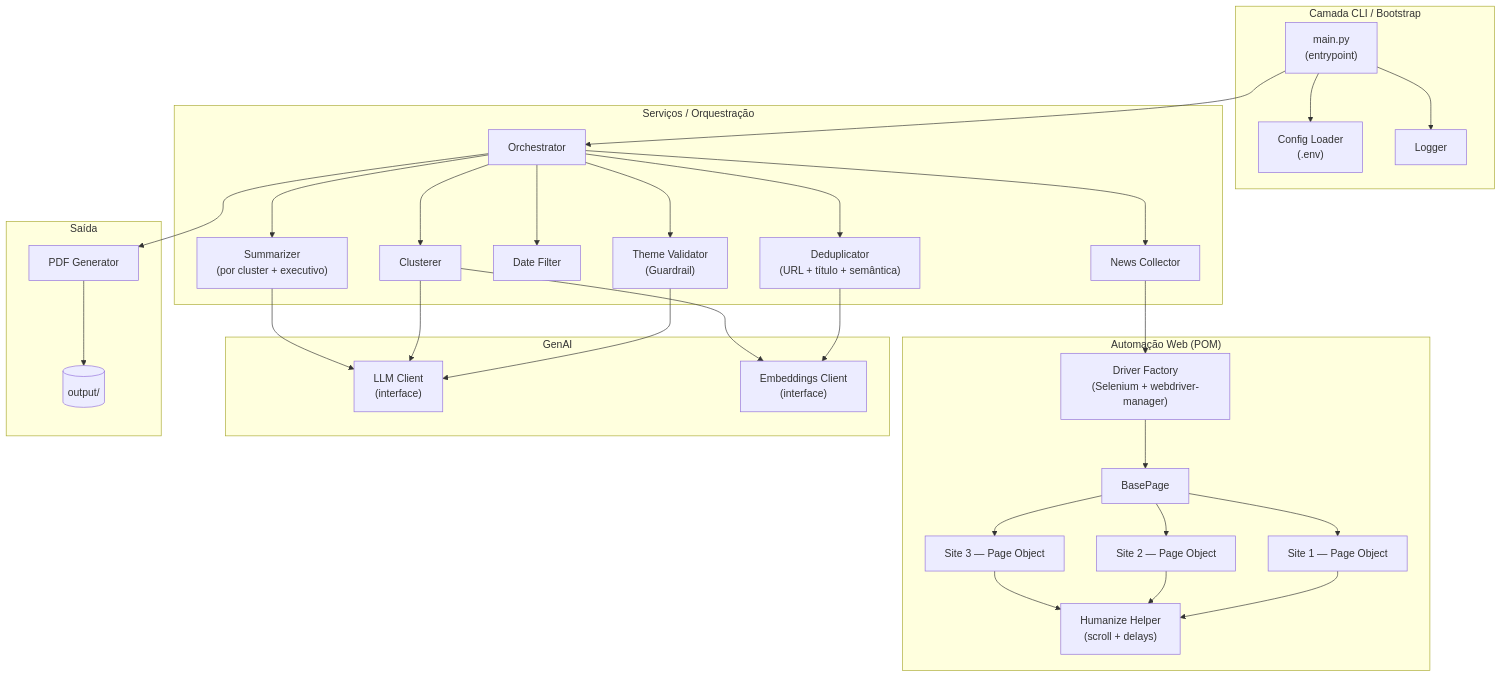
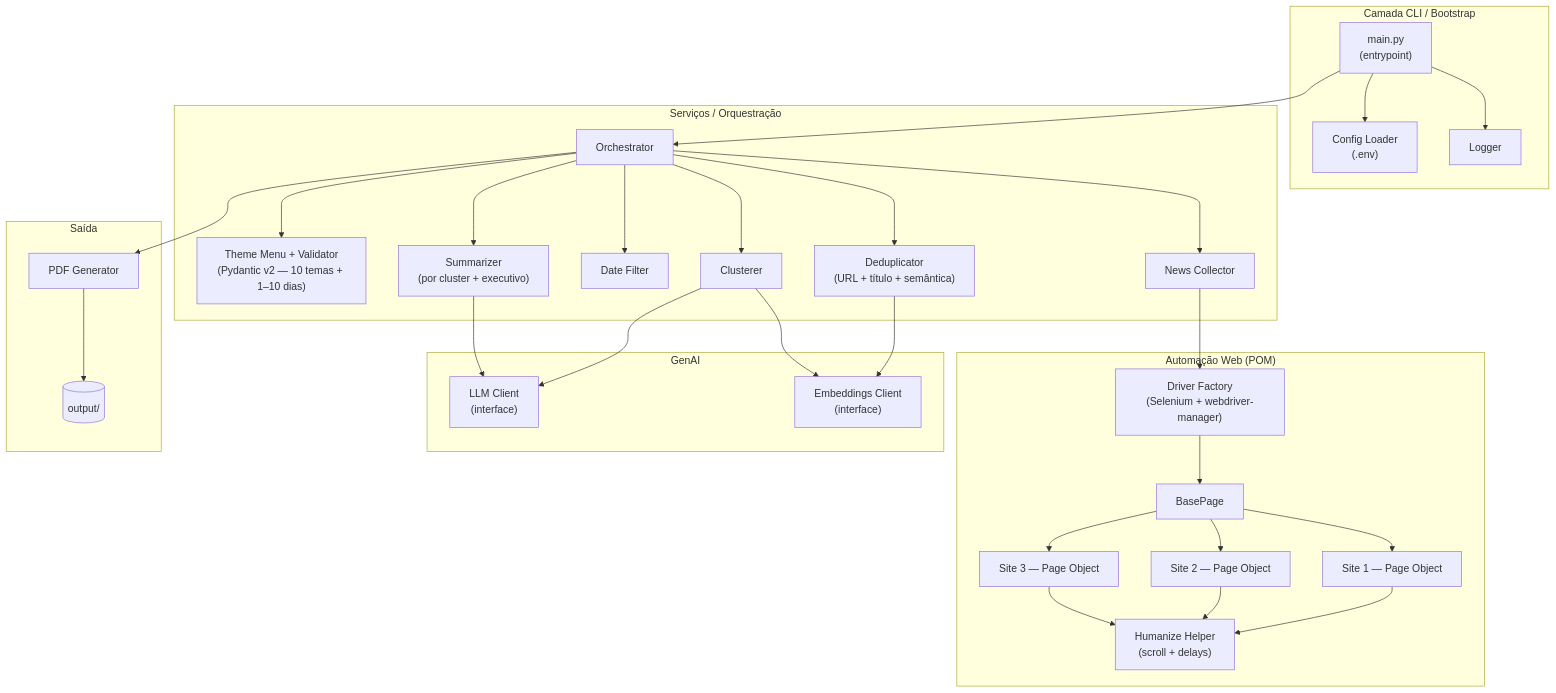
The first of 2 diagrams in docs/arquitetura.md (lleooNS/RPA_SMART_NEWS), drawn with Mermaid before and after one commit. The commit also changed other lines of this file and 5 other files, not shown here.

First line of the commit message:
docs(escopo): limita N a 1-10 dias e adota Pydantic v2 para validacao

````diff
--- a/docs/arquitetura.md
+++ b/docs/arquitetura.md
@@ -25,67 +25,65 @@
 ```mermaid
 flowchart TB
     subgraph CLI["Camada CLI / Bootstrap"]
         MAIN["main.py<br/>(entrypoint)"]
         CFG["Config Loader<br/>(.env)"]
         LOG["Logger"]
     end
 
     subgraph SVC["Serviços / Orquestração"]
         ORCH["Orchestrator"]
-        VAL["Theme Validator<br/>(Guardrail)"]
+        MENU["Theme Menu + Validator<br/>(Pydantic v2 — 10 temas + 1–10 dias)"]
         COLL["News Collector"]
         FILT["Date Filter"]
         DEDUP["Deduplicator<br/>(URL + título + semântica)"]
         CLUS["Clusterer"]
         SUMM["Summarizer<br/>(por cluster + executivo)"]
     end
 
     subgraph WEB["Automação Web (POM)"]
         DRV["Driver Factory<br/>(Selenium + webdriver-manager)"]
         BP["BasePage"]
         S1["Site 1 — Page Object"]
         S2["Site 2 — Page Object"]
         S3["Site 3 — Page Object"]
         HUM["Humanize Helper<br/>(scroll + delays)"]
     end
 
     subgraph AI["GenAI"]
         LLM["LLM Client<br/>(interface)"]
         EMB["Embeddings Client<br/>(interface)"]
     end
 
     subgraph OUT["Saída"]
         PDF["PDF Generator"]
         FS[("output/")]
     end
 
     MAIN --> CFG
     MAIN --> LOG
     MAIN --> ORCH
 
-    ORCH --> VAL
+    ORCH --> MENU
     ORCH --> COLL
     ORCH --> FILT
     ORCH --> DEDUP
     ORCH --> CLUS
     ORCH --> SUMM
     ORCH --> PDF
-
-    VAL --> LLM
 
     COLL --> DRV
     DRV --> BP
     BP --> S1
     BP --> S2
     BP --> S3
     S1 --> HUM
     S2 --> HUM
     S3 --> HUM
 
     DEDUP --> EMB
     CLUS --> EMB
     CLUS --> LLM
     SUMM --> LLM
 
     PDF --> FS
 ```
````
